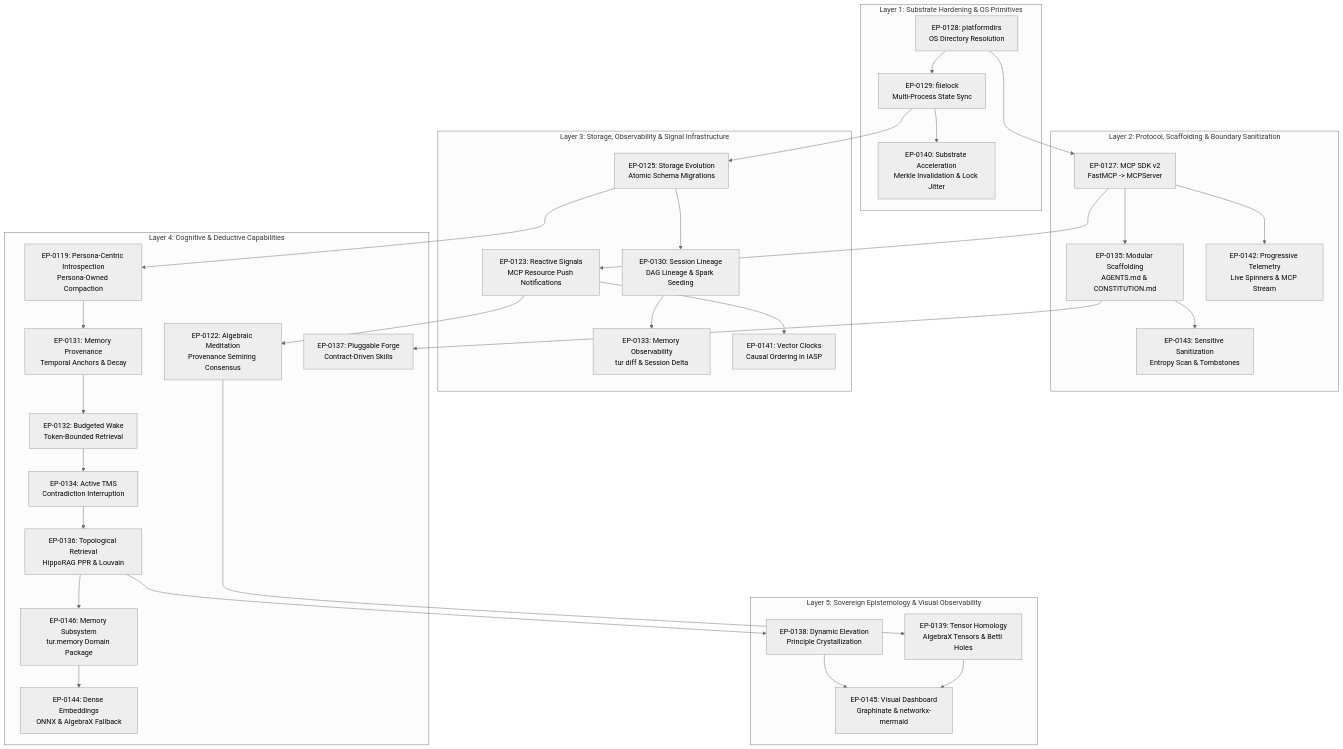
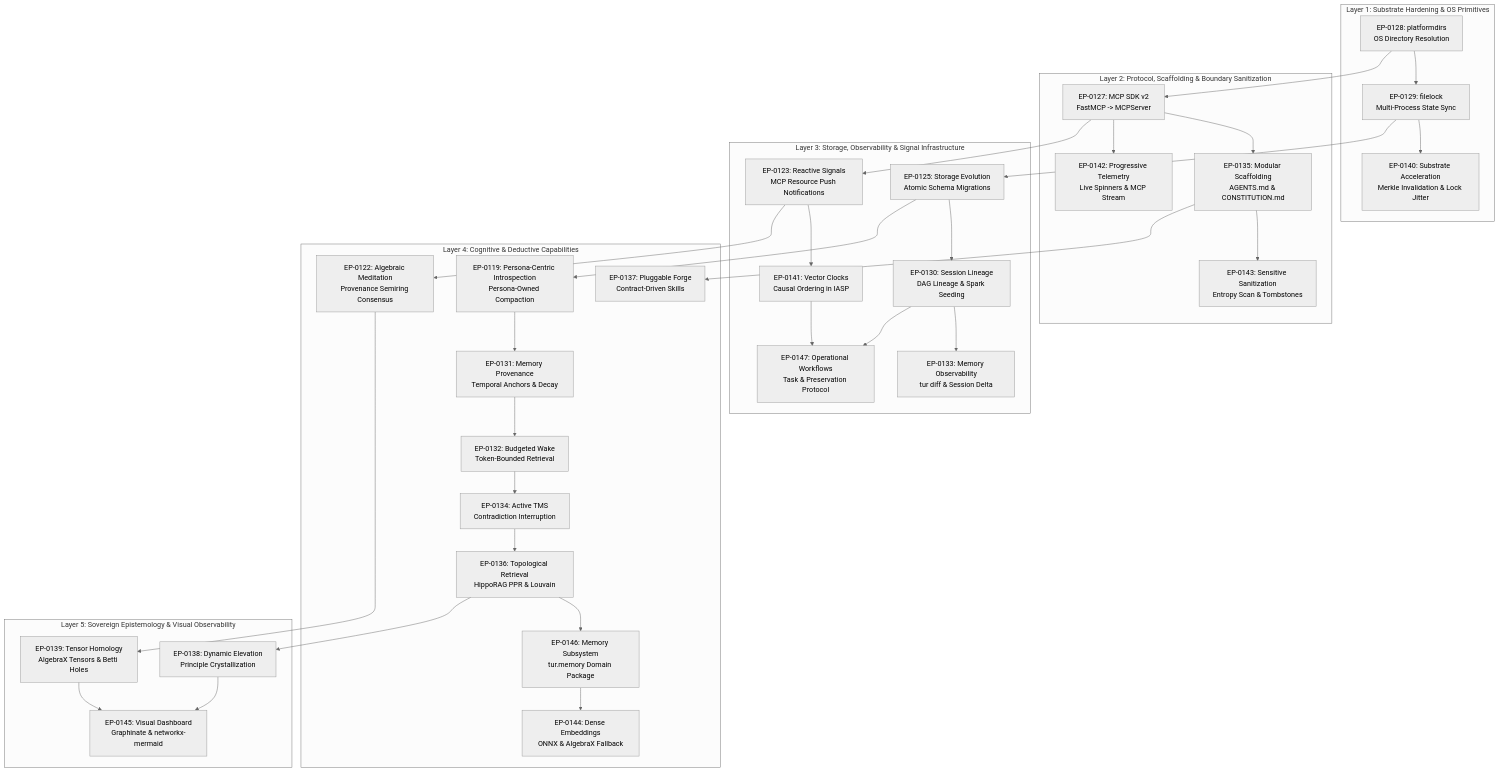
Before and after one commit to erivlis/tur: the diagram in docs/proposals/EP-0002-roadmap.md, drawn with Mermaid (neutral theme). The commit also changed other lines of this file and 12 other files, not shown here.

````diff
--- a/docs/proposals/EP-0002-roadmap.md
+++ b/docs/proposals/EP-0002-roadmap.md
@@ -60,66 +60,69 @@
 ```mermaid
 graph TD
     subgraph L1 ["Layer 1: Substrate Hardening & OS Primitives"]
         EP0128[EP-0128: platformdirs<br/>OS Directory Resolution]
         EP0129[EP-0129: filelock<br/>Multi-Process State Sync]
         EP0140[EP-0140: Substrate Acceleration<br/>Merkle Invalidation & Lock Jitter]
     end
 
     subgraph L2 ["Layer 2: Protocol, Scaffolding & Boundary Sanitization"]
         EP0127[EP-0127: MCP SDK v2<br/>FastMCP -> MCPServer]
         EP0135[EP-0135: Modular Scaffolding<br/>AGENTS.md & CONSTITUTION.md]
         EP0142[EP-0142: Progressive Telemetry<br/>Live Spinners & MCP Stream]
         EP0143[EP-0143: Sensitive Sanitization<br/>Entropy Scan & Tombstones]
     end
 
     subgraph L3 ["Layer 3: Storage, Observability & Signal Infrastructure"]
         EP0125[EP-0125: Storage Evolution<br/>Atomic Schema Migrations]
         EP0123[EP-0123: Reactive Signals<br/>MCP Resource Push Notifications]
         EP0130[EP-0130: Session Lineage<br/>DAG Lineage & Spark Seeding]
         EP0133[EP-0133: Memory Observability<br/>tur diff & Session Delta]
         EP0141[EP-0141: Vector Clocks<br/>Causal Ordering in IASP]
+        EP0147[EP-0147: Operational Workflows<br/>Task & Preservation Protocol]
     end
 
     subgraph L4 ["Layer 4: Cognitive & Deductive Capabilities"]
         EP0119[EP-0119: Persona-Centric Introspection<br/>Persona-Owned Compaction]
         EP0122[EP-0122: Algebraic Meditation<br/>Provenance Semiring Consensus]
         EP0131[EP-0131: Memory Provenance<br/>Temporal Anchors & Decay]
         EP0132[EP-0132: Budgeted Wake<br/>Token-Bounded Retrieval]
         EP0134[EP-0134: Active TMS<br/>Contradiction Interruption]
         EP0136[EP-0136: Topological Retrieval<br/>HippoRAG PPR & Louvain]
         EP0146[EP-0146: Memory Subsystem<br/>tur.memory Domain Package]
         EP0144[EP-0144: Dense Embeddings<br/>ONNX & AlgebraX Fallback]
         EP0137[EP-0137: Pluggable Forge<br/>Contract-Driven Skills]
     end
 
     subgraph L5 ["Layer 5: Sovereign Epistemology & Visual Observability"]
         EP0138[EP-0138: Dynamic Elevation<br/>Principle Crystallization]
         EP0139[EP-0139: Tensor Homology<br/>AlgebraX Tensors & Betti Holes]
         EP0145[EP-0145: Visual Dashboard<br/>Graphinate & networkx-mermaid]
     end
 
     EP0128 --> EP0129
     EP0129 --> EP0140
     EP0128 --> EP0127
     EP0127 --> EP0135
     EP0127 --> EP0142
     EP0135 --> EP0143
     EP0129 --> EP0125
     EP0127 --> EP0123
     EP0123 --> EP0141
     EP0125 --> EP0130
     EP0130 --> EP0133
+    EP0130 --> EP0147
+    EP0141 --> EP0147
     EP0125 --> EP0119
     EP0123 --> EP0122
     EP0119 --> EP0131
     EP0131 --> EP0132
     EP0132 --> EP0134
     EP0134 --> EP0136
     EP0136 --> EP0146
     EP0146 --> EP0144
     EP0135 --> EP0137
     EP0136 --> EP0138
     EP0122 --> EP0139
     EP0138 --> EP0145
     EP0139 --> EP0145
 ```
````
